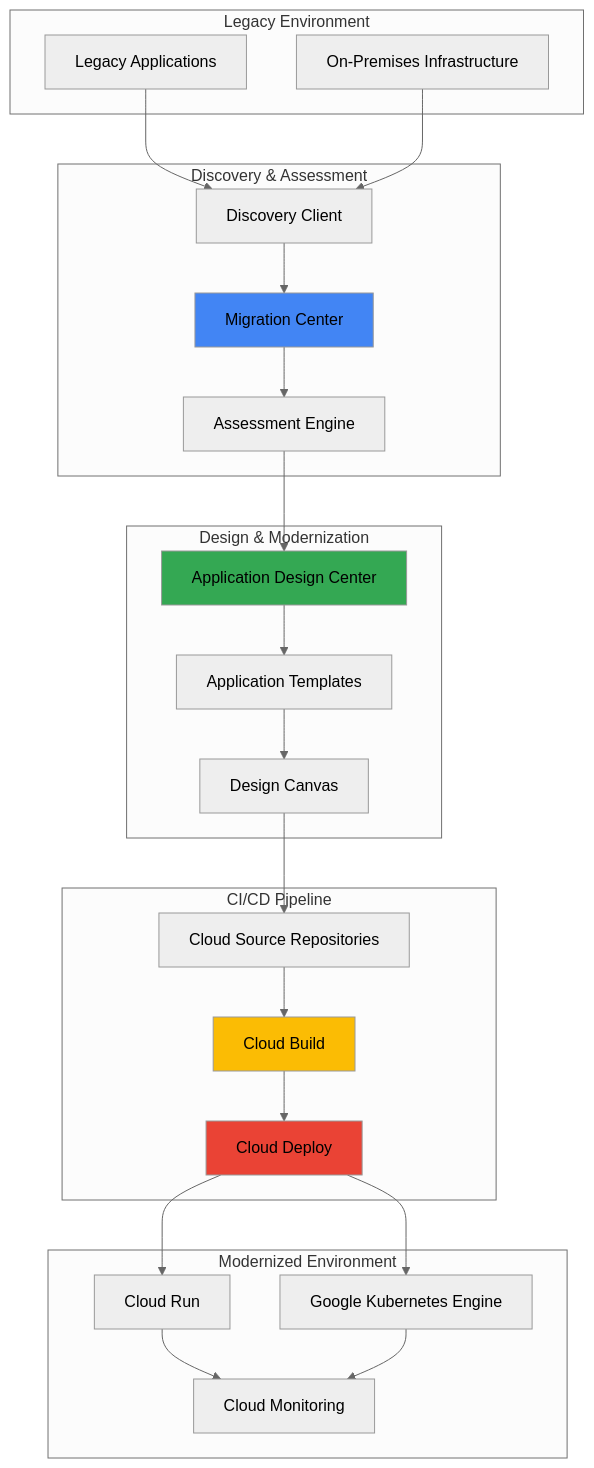
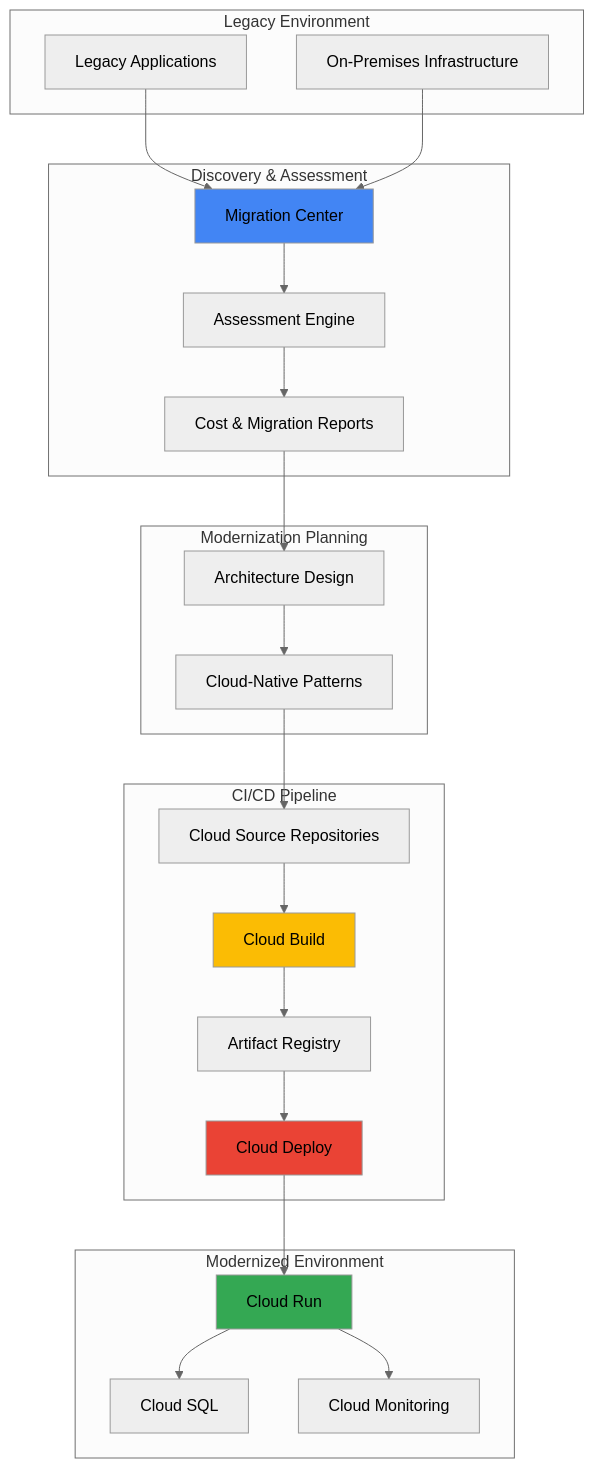
The diagram in gcp/legacy-application-architectures-application-design-center-migration-center/legacy-application-architectures-application-design-center-migration-center.md (mzazon/awesome-cloud-projects), drawn with Mermaid (neutral theme) before and after one commit. The commit also changed other lines of this file and 5581 other files, not shown here.

````diff
--- a/gcp/legacy-application-architectures-application-design-center-migration-center/legacy-application-architectures-application-design-center-migration-center.md
+++ b/gcp/legacy-application-architectures-application-design-center-migration-center/legacy-application-architectures-application-design-center-migration-center.md
@@ -30,51 +30,50 @@
 ```mermaid
 graph TB
     subgraph "Legacy Environment"
         LEGACY[Legacy Applications]
         INFRA[On-Premises Infrastructure]
     end
     
     subgraph "Discovery & Assessment"
         MC[Migration Center]
-        CLIENT[Discovery Client]
         ASSESS[Assessment Engine]
+        REPORTS[Cost & Migration Reports]
     end
     
-    subgraph "Design & Modernization"
-        ADC[Application Design Center]
-        TEMPLATE[Application Templates]
-        CANVAS[Design Canvas]
+    subgraph "Modernization Planning"
+        DESIGN[Architecture Design]
+        PATTERNS[Cloud-Native Patterns]
     end
     
     subgraph "CI/CD Pipeline"
         GCR[Cloud Source Repositories]
         CB[Cloud Build]
         CD[Cloud Deploy]
+        AR[Artifact Registry]
     end
     
     subgraph "Modernized Environment"
         CR[Cloud Run]
-        GKE[Google Kubernetes Engine]
+        SQL[Cloud SQL]
         MONITOR[Cloud Monitoring]
     end
     
-    LEGACY --> CLIENT
-    INFRA --> CLIENT
-    CLIENT --> MC
+    LEGACY --> MC
+    INFRA --> MC
     MC --> ASSESS
-    ASSESS --> ADC
-    ADC --> TEMPLATE
-    TEMPLATE --> CANVAS
-    CANVAS --> GCR
+    ASSESS --> REPORTS
+    REPORTS --> DESIGN
+    DESIGN --> PATTERNS
+    PATTERNS --> GCR
     GCR --> CB
-    CB --> CD
+    CB --> AR
+    AR --> CD
     CD --> CR
-    CD --> GKE
+    CR --> SQL
     CR --> MONITOR
-    GKE --> MONITOR
     
     style MC fill:#4285f4
-    style ADC fill:#34a853
     style CB fill:#fbbc04
     style CD fill:#ea4335
+    style CR fill:#34a853
 ```
````
